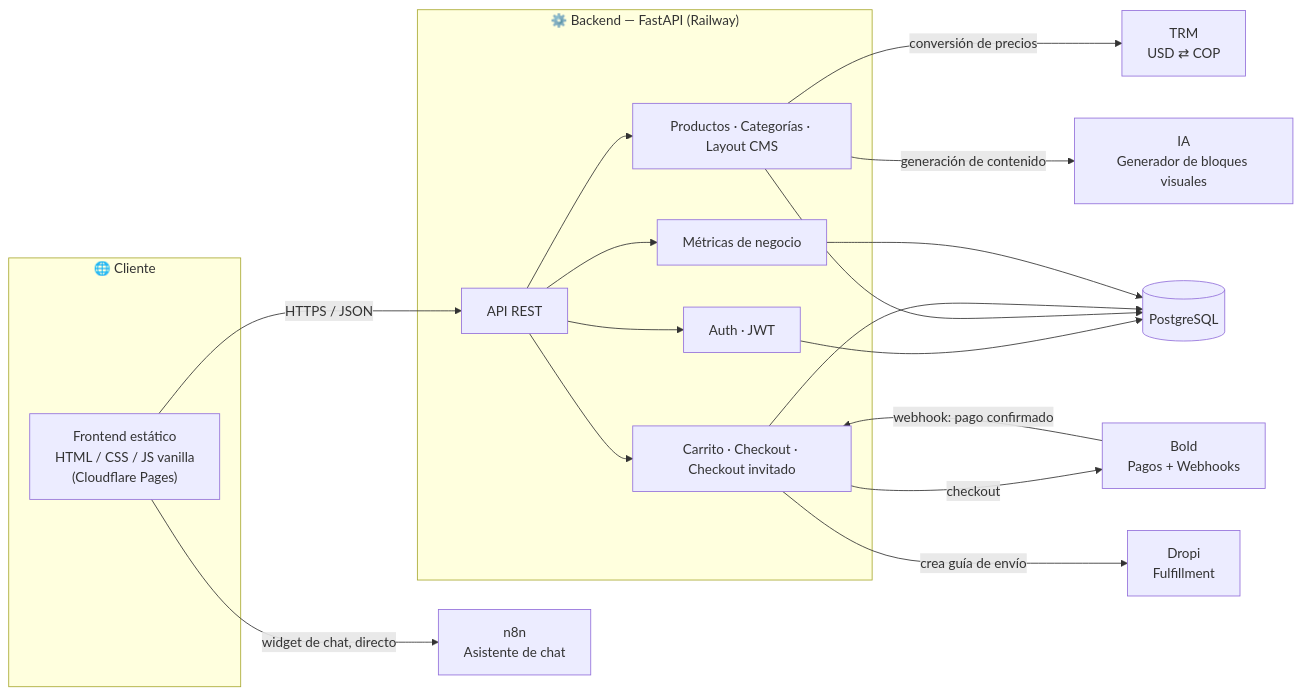
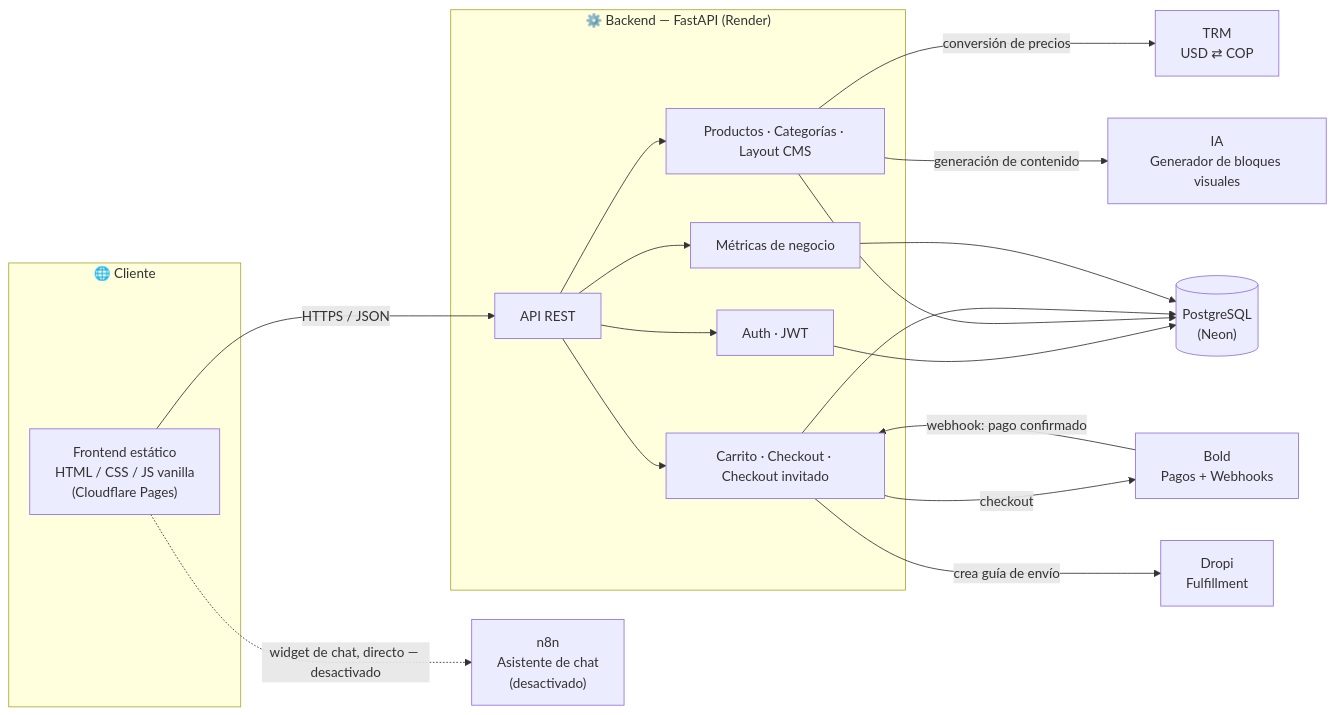
Before and after one commit to Afelipecanop/Velonox: the diagram in README.md, drawn with Mermaid. The commit also changed other lines of this file and 2 other files, not shown here.

First line of the commit message:
Actualizar README e informe tras la migracion a Render + Neon

````diff
--- a/README.md
+++ b/README.md
@@ -69,34 +73,34 @@
 ```mermaid
 flowchart LR
     subgraph Cliente["🌐 Cliente"]
         FE["Frontend estático\nHTML / CSS / JS vanilla\n(Cloudflare Pages)"]
     end
 
-    subgraph Servidor["⚙️ Backend — FastAPI (Railway)"]
+    subgraph Servidor["⚙️ Backend — FastAPI (Render)"]
         API["API REST"]
         AUTH["Auth · JWT"]
         CATALOG["Productos · Categorías · Layout CMS"]
         CART["Carrito · Checkout · Checkout invitado"]
         METRICS["Métricas de negocio"]
     end
 
-    DB[(" PostgreSQL")]
+    DB[(" PostgreSQL\n(Neon)")]
     BOLD[" Bold\nPagos + Webhooks"]
     DROPI[" Dropi\nFulfillment"]
     TRM[" TRM\nUSD ⇄ COP"]
     AI[" IA\nGenerador de bloques visuales"]
-    N8N[" n8n\nAsistente de chat"]
+    N8N[" n8n\nAsistente de chat\n(desactivado)"]
 
     FE -->|HTTPS / JSON| API
     API --> AUTH & CATALOG & CART & METRICS
     AUTH --> DB
     CATALOG --> DB
     CART --> DB
     METRICS --> DB
     CART -->|checkout| BOLD
     BOLD -->|webhook: pago confirmado| CART
     CART -->|crea guía de envío| DROPI
     CATALOG -->|conversión de precios| TRM
     CATALOG -->|generación de contenido| AI
-    FE -->|widget de chat, directo| N8N
+    FE -.->|widget de chat, directo — desactivado| N8N
 ```
````
